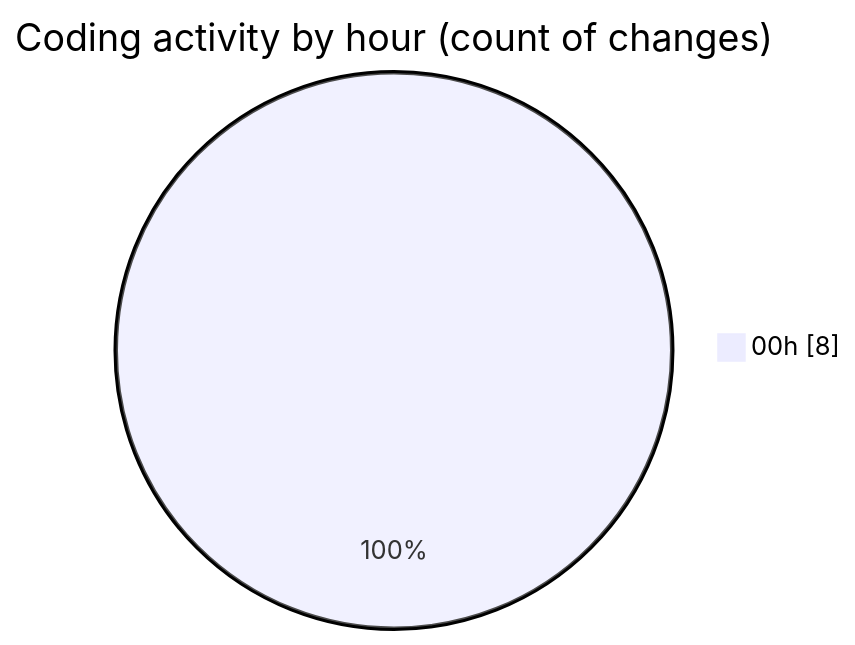
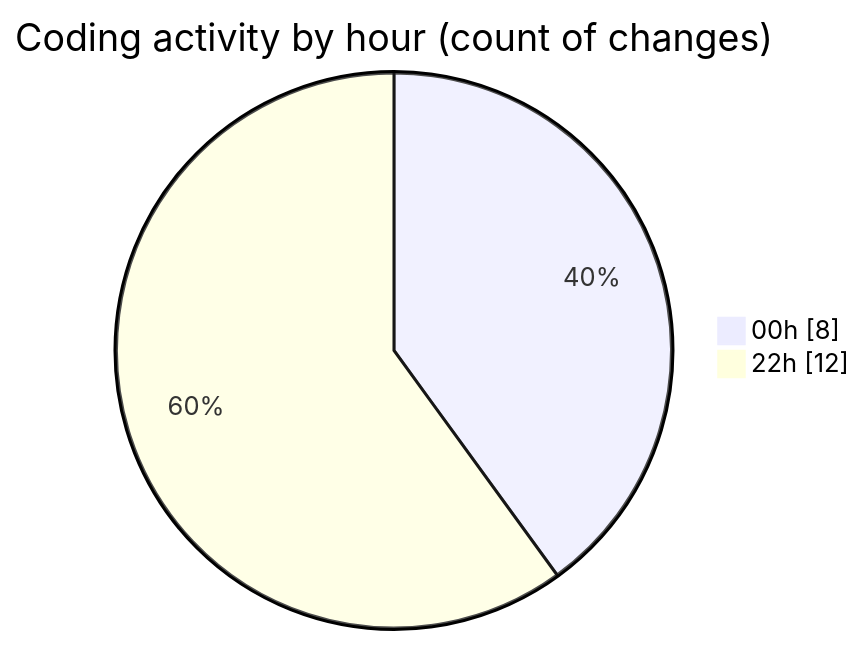
One commit to ernivani/code-tracking changed the second of 2 diagrams in 2025-01-03/leetcode-solutions/README.md. Above: the diagram before and after it, drawn with Mermaid. The commit also changed other lines of this file and 6 other files, not shown here.

````diff
--- a/2025-01-03/leetcode-solutions/README.md
+++ b/2025-01-03/leetcode-solutions/README.md
@@ -31,5 +34,6 @@
 ```mermaid
 pie showData
 title Coding activity by hour (count of changes)
 "00h" : 8
+"22h" : 12
 ```
````
